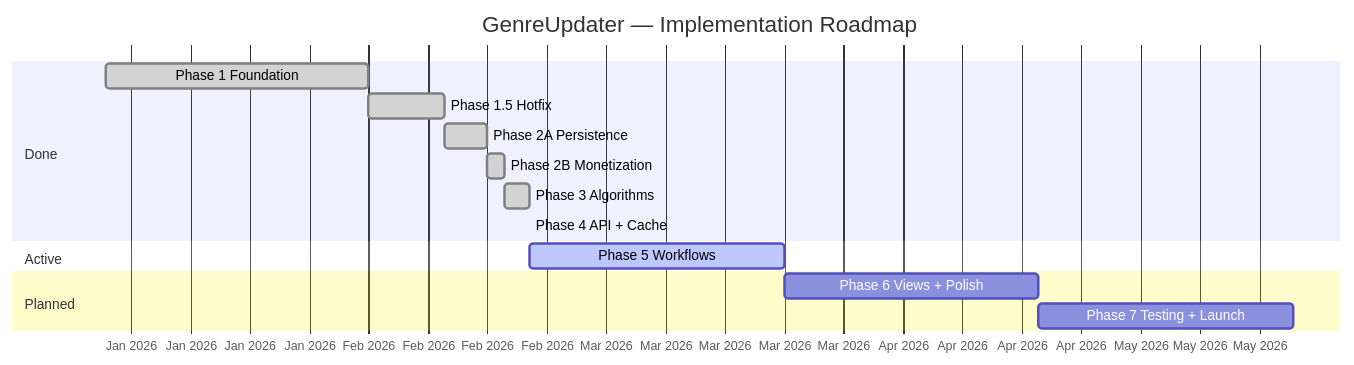
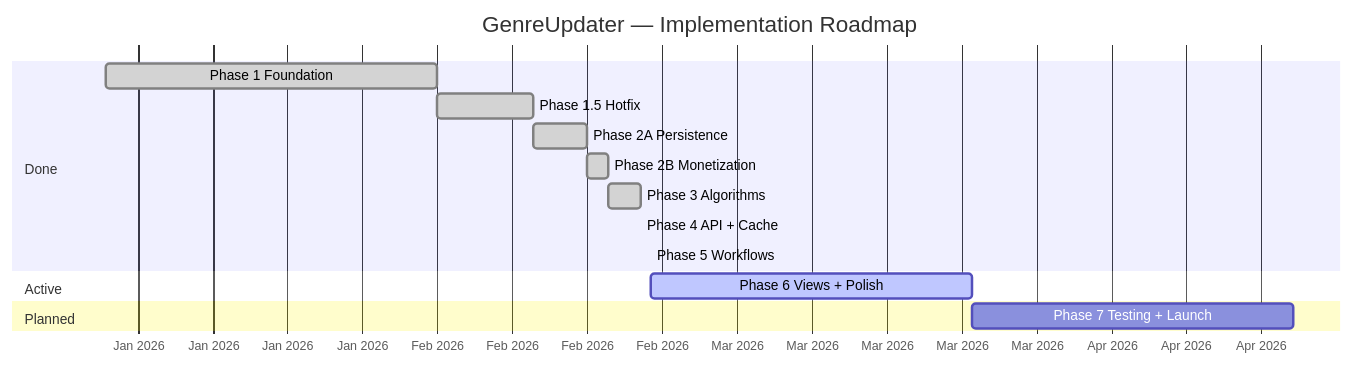
The seventh of 7 diagrams in docs/plans/PRD.md (barad1tos/project-genreupdater-swift), drawn with Mermaid before and after one commit. The commit also changed other lines of this file and 17 other files, not shown here.

First line of the commit message:
feat(services): add Phase 5 workflows

````diff
--- a/docs/plans/PRD.md
+++ b/docs/plans/PRD.md
@@ -1035,22 +1035,22 @@
 ```mermaid
 gantt
     title GenreUpdater — Implementation Roadmap
     dateFormat YYYY-MM-DD
     axisFormat %b %Y
 
     section Done
     Phase 1 Foundation       :done, p1, 2026-01-01, 2026-02-01
     Phase 1.5 Hotfix         :done, p15, 2026-02-01, 2026-02-10
     Phase 2A Persistence     :done, p2a, 2026-02-10, 2026-02-15
     Phase 2B Monetization    :done, p2b, 2026-02-15, 2026-02-17
     Phase 3 Algorithms       :done, p3, 2026-02-17, 2026-02-20
 
     Phase 4 API + Cache      :done, p4, 2026-02-20, 2026-02-20
+    Phase 5 Workflows        :done, p5, 2026-02-21, 2026-02-21
 
     section Active
-    Phase 5 Workflows        :active, p5, after p4, 30d
+    Phase 6 Views + Polish   :active, p6, after p5, 30d
 
     section Planned
-    Phase 6 Views + Polish   :p6, after p5, 30d
     Phase 7 Testing + Launch :p7, after p6, 30d
 ```
````
